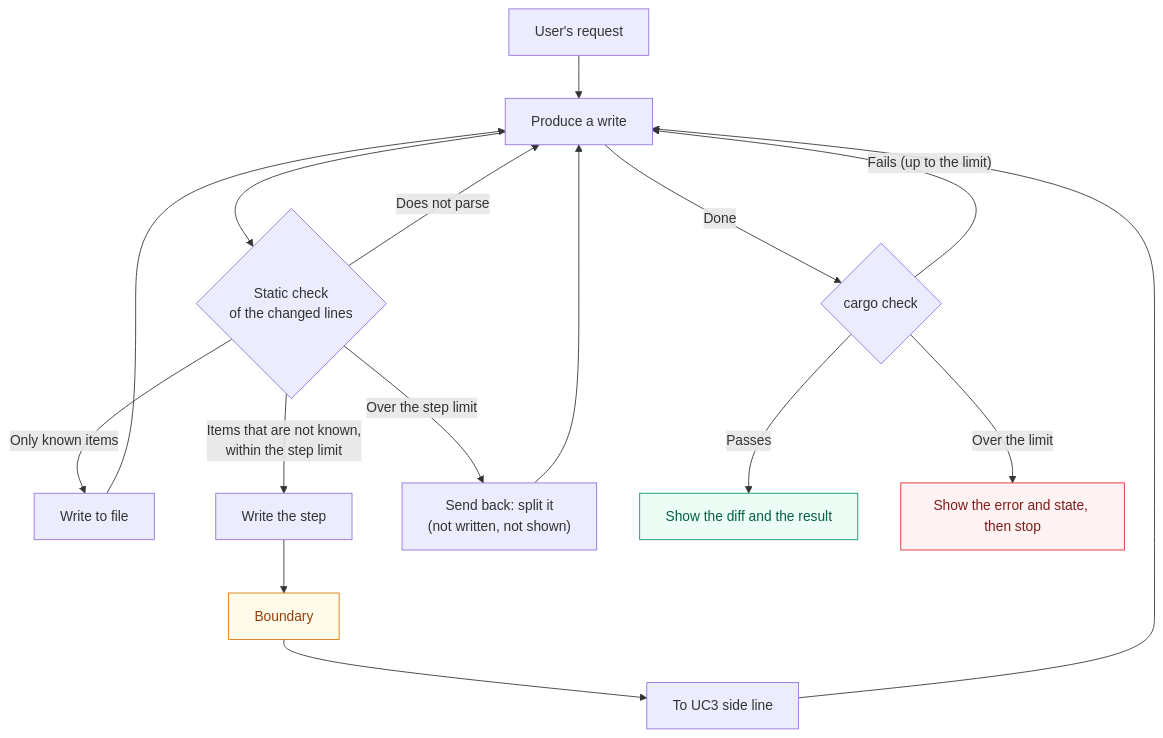
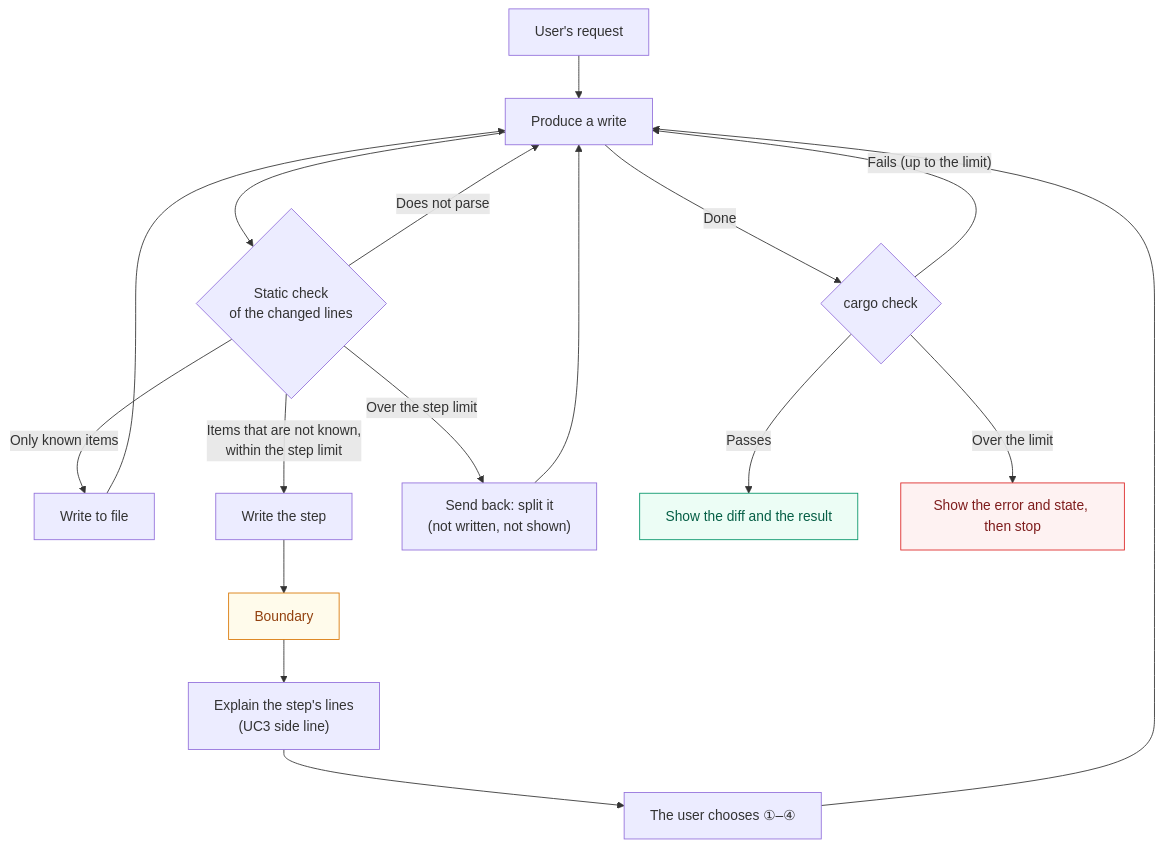
The fourth of 9 diagrams in PRD.md (sumiredc/molt), drawn with Mermaid before and after one commit. The commit also changed other lines of this file and 1 other file, not shown here.

````diff
--- a/PRD.md
+++ b/PRD.md
@@ -163,17 +164,17 @@
 ```mermaid
 flowchart TB
   U["User's request"] --> G["Produce a write"]
   G --> C{"Static check<br/>of the changed lines"}
   C -- "Does not parse" --> G
   C -- "Only known items" --> W["Write to file"] --> G
   C -- "Items that are not known,<br/>within the step limit" --> WS["Write the step"] --> B["Boundary"]:::warn
-  B --> UC3["To UC3 side line"] --> G
+  B --> EX["Explain the step's lines<br/>(UC3 side line)"] --> CH["The user chooses ①–④"] --> G
   C -- "Over the step limit" --> SP["Send back: split it<br/>(not written, not shown)"] --> G
   G -- "Done" --> CK{"cargo check"}
   CK -- "Passes" --> SH["Show the diff and the result"]:::ok
   CK -- "Fails (up to the limit)" --> G
   CK -- "Over the limit" --> ST["Show the error and state, then stop"]:::bad
   classDef ok   fill:#ecfdf5,stroke:#059669,color:#065f46
   classDef warn fill:#fffbeb,stroke:#d97706,color:#92400e
   classDef bad  fill:#fef2f2,stroke:#dc2626,color:#7f1d1d
 ```
````
